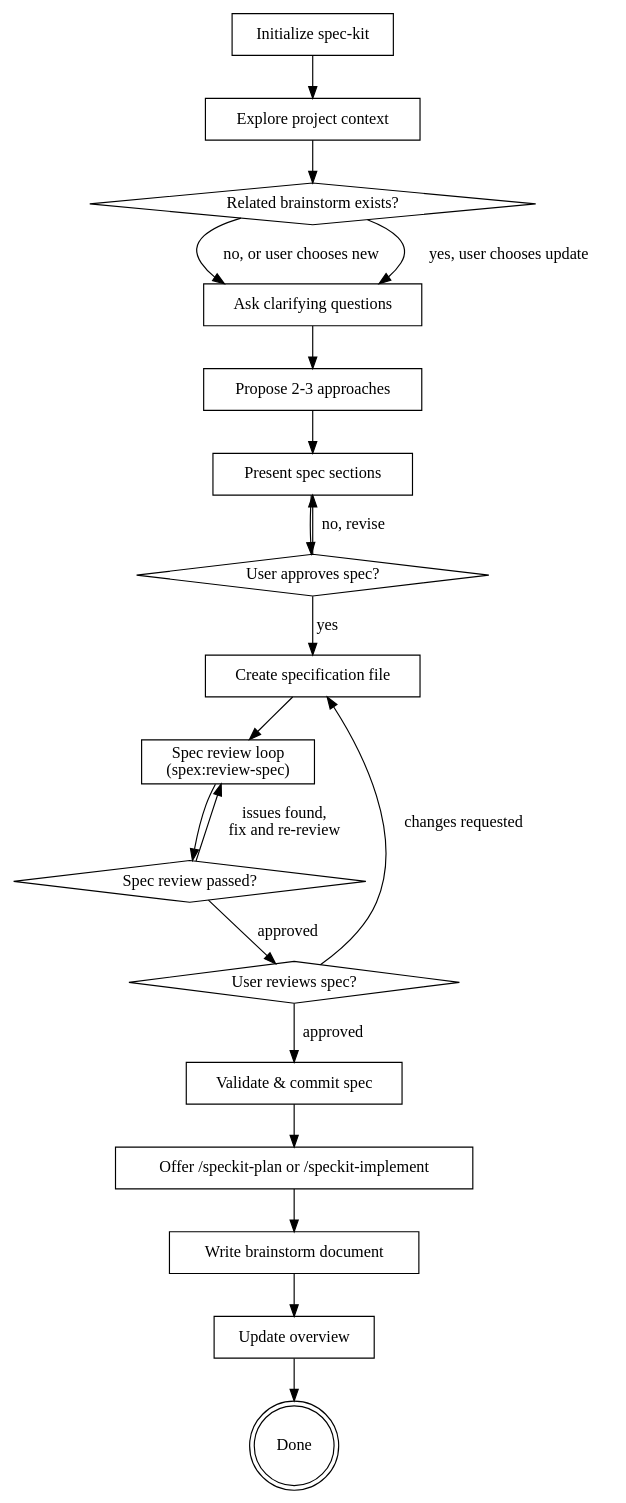
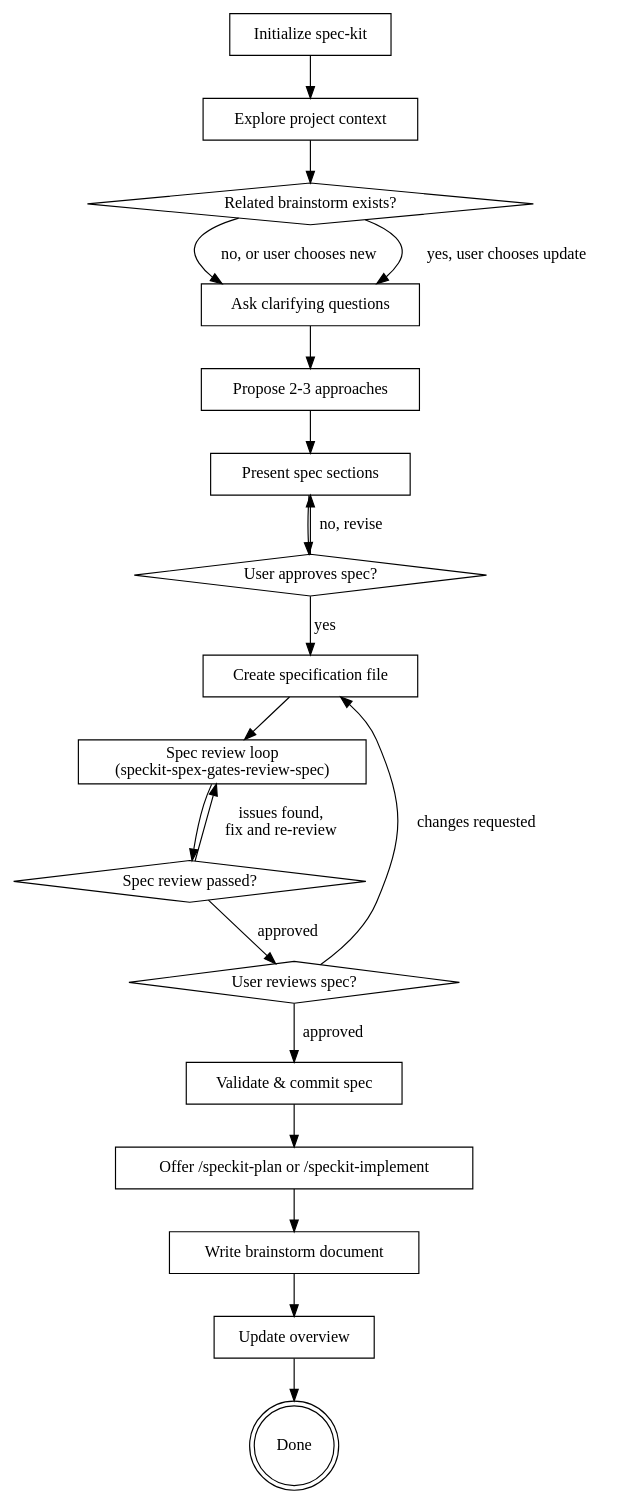
The diagram in spex/extensions/spex/commands/speckit.spex.brainstorm.md (rhuss/cc-sdd), drawn with Graphviz before and after one commit. The commit also changed other lines of this file and 15 other files, not shown here.

First line of the commit message:
fix: Replace all old spex: command references with speckit- naming

````diff
--- a/spex/extensions/spex/commands/speckit.spex.brainstorm.md
+++ b/spex/extensions/spex/commands/speckit.spex.brainstorm.md
@@ -61,40 +61,40 @@
 ```dot
 digraph brainstorming {
     "Initialize spec-kit" [shape=box];
     "Explore project context" [shape=box];
     "Related brainstorm exists?" [shape=diamond];
     "Ask clarifying questions" [shape=box];
     "Propose 2-3 approaches" [shape=box];
     "Present spec sections" [shape=box];
     "User approves spec?" [shape=diamond];
     "Create specification file" [shape=box];
-    "Spec review loop\n(spex:review-spec)" [shape=box];
+    "Spec review loop\n(speckit-spex-gates-review-spec)" [shape=box];
     "Spec review passed?" [shape=diamond];
     "User reviews spec?" [shape=diamond];
     "Validate & commit spec" [shape=box];
     "Offer /speckit-plan or /speckit-implement" [shape=box];
     "Write brainstorm document" [shape=box];
     "Update overview" [shape=box];
     "Done" [shape=doublecircle];
 
     "Initialize spec-kit" -> "Explore project context";
     "Explore project context" -> "Related brainstorm exists?";
     "Related brainstorm exists?" -> "Ask clarifying questions" [label="no, or user chooses new"];
     "Related brainstorm exists?" -> "Ask clarifying questions" [label="yes, user chooses update"];
     "Ask clarifying questions" -> "Propose 2-3 approaches";
     "Propose 2-3 approaches" -> "Present spec sections";
     "Present spec sections" -> "User approves spec?";
     "User approves spec?" -> "Present spec sections" [label="no, revise"];
     "User approves spec?" -> "Create specification file" [label="yes"];
-    "Create specification file" -> "Spec review loop\n(spex:review-spec)";
-    "Spec review loop\n(spex:review-spec)" -> "Spec review passed?";
-    "Spec review passed?" -> "Spec review loop\n(spex:review-spec)" [label="issues found,\nfix and re-review"];
+    "Create specification file" -> "Spec review loop\n(speckit-spex-gates-review-spec)";
+    "Spec review loop\n(speckit-spex-gates-review-spec)" -> "Spec review passed?";
+    "Spec review passed?" -> "Spec review loop\n(speckit-spex-gates-review-spec)" [label="issues found,\nfix and re-review"];
     "Spec review passed?" -> "User reviews spec?" [label="approved"];
     "User reviews spec?" -> "Create specification file" [label="changes requested"];
     "User reviews spec?" -> "Validate & commit spec" [label="approved"];
     "Validate & commit spec" -> "Offer /speckit-plan or /speckit-implement";
     "Offer /speckit-plan or /speckit-implement" -> "Write brainstorm document";
     "Write brainstorm document" -> "Update overview";
     "Update overview" -> "Done";
 }
 ```
````
